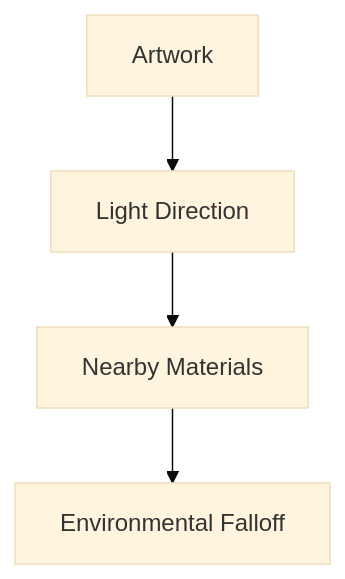
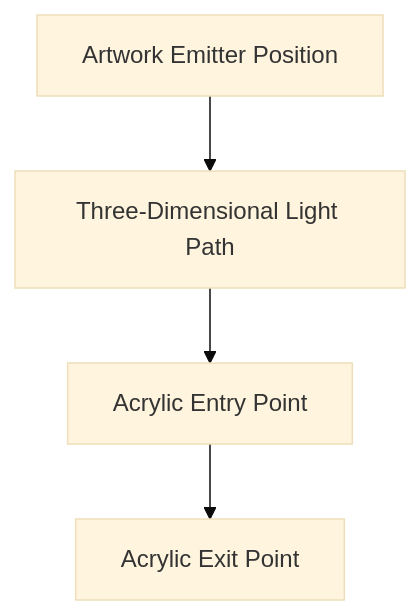
Before and after one commit to mosaic-media/architecture: the seventh of 11 diagrams in docs/design/system/mds-003-material-system/07-refraction.md, drawn with Mermaid (base theme). The commit also changed other lines of this file and 12 other files, not shown here.

Commit message:
docs(mds-003): define refraction architecture

````diff
--- a/docs/design/system/mds-003-material-system/07-refraction.md
+++ b/docs/design/system/mds-003-material-system/07-refraction.md
@@ -217,12 +389,12 @@
 ```mermaid
 flowchart TD
 
-N1["Artwork"]
-N2["Light Direction"]
-N3["Nearby Materials"]
-N4["Environmental Falloff"]
+N1["Artwork Emitter Position"]
+N2["Three-Dimensional Light Path"]
+N3["Acrylic Entry Point"]
+N4["Acrylic Exit Point"]
 
 N1 --> N2
 N2 --> N3
 N3 --> N4
 ```
````
